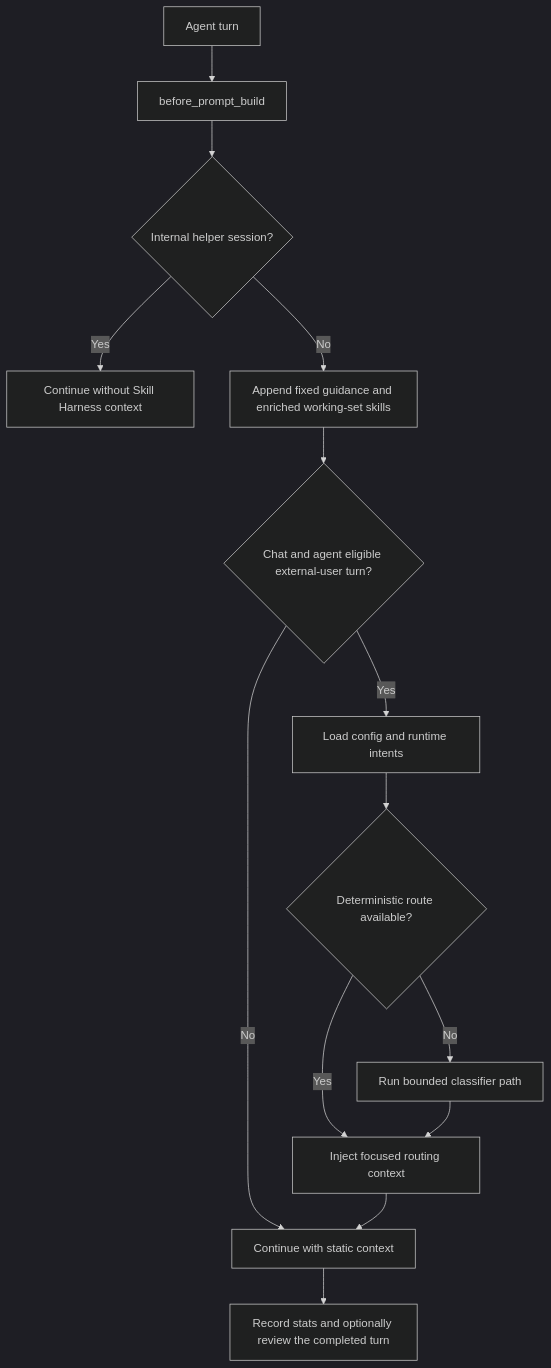
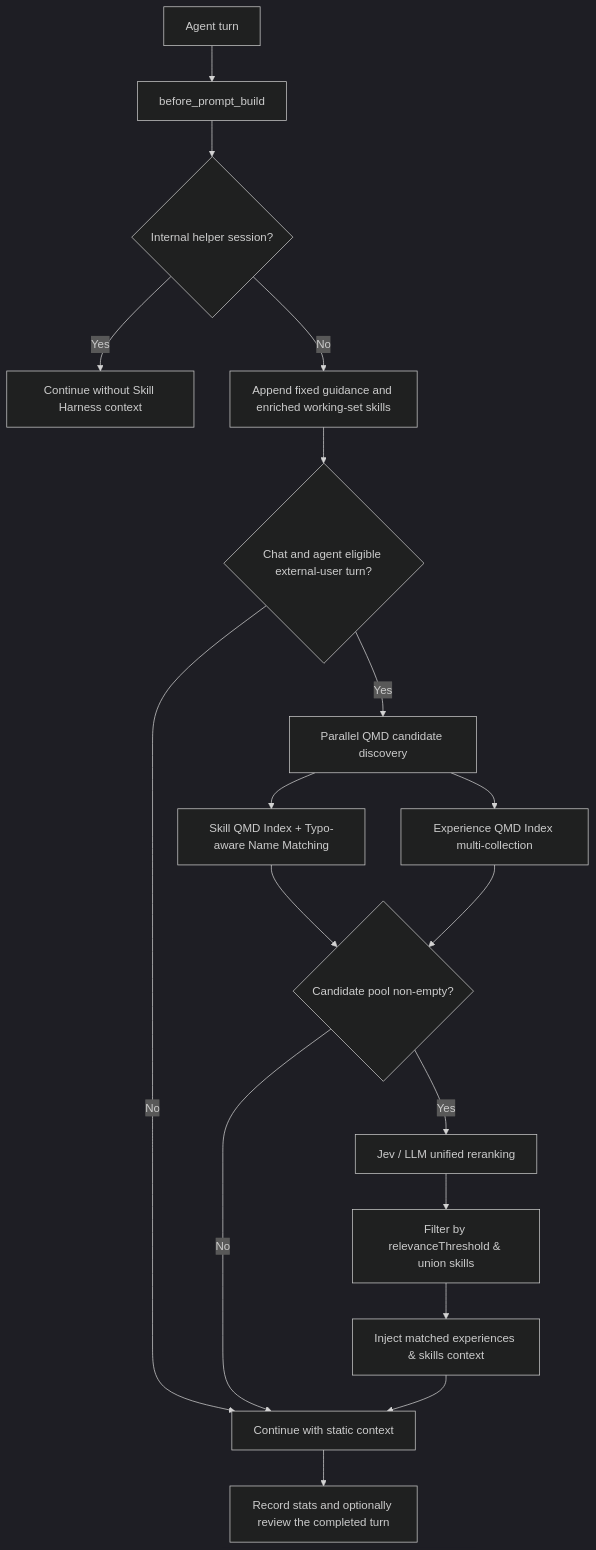
Before and after one commit to ani6439walc/openclaw-plugin-skill-harness: the diagram in README.md, drawn with Mermaid (dark theme). The commit also changed other lines of this file and 1 other file, not shown here.

Commit message:
docs: update AGENTS.md and README.md for decoupled experience-first routing

````diff
--- a/README.md
+++ b/README.md
@@ -91,16 +91,20 @@
 ```mermaid
 graph TD
   A[Agent turn] --> B[before_prompt_build]
   B --> C{Internal helper session?}
   C -->|Yes| Z[Continue without Skill Harness context]
   C -->|No| D[Append fixed guidance and enriched working-set skills]
   D --> E{Chat and agent eligible external-user turn?}
   E -->|No| M[Continue with static context]
-  E -->|Yes| F[Load config and runtime intents]
-  F --> G{Deterministic route available?}
-  G -->|Yes| H[Inject focused routing context]
-  G -->|No| I[Run bounded classifier path]
-  I --> H
-  H --> M
+  E -->|Yes| F[Parallel QMD candidate discovery]
+  F --> G[Skill QMD Index + Typo-aware Name Matching]
+  F --> H[Experience QMD Index multi-collection]
+  G --> I{Candidate pool non-empty?}
+  H --> I
+  I -->|No| M
+  I -->|Yes| J[Jev / LLM unified reranking]
+  J --> K[Filter by relevanceThreshold & union skills]
+  K --> L[Inject matched experiences & skills context]
+  L --> M
   M --> N[Record stats and optionally review the completed turn]
 ```
````
